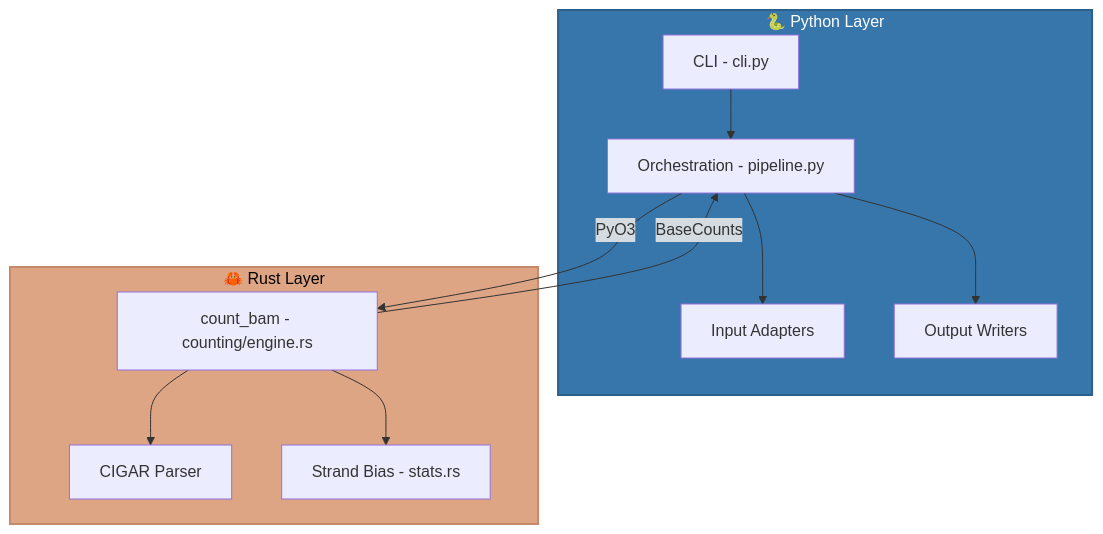
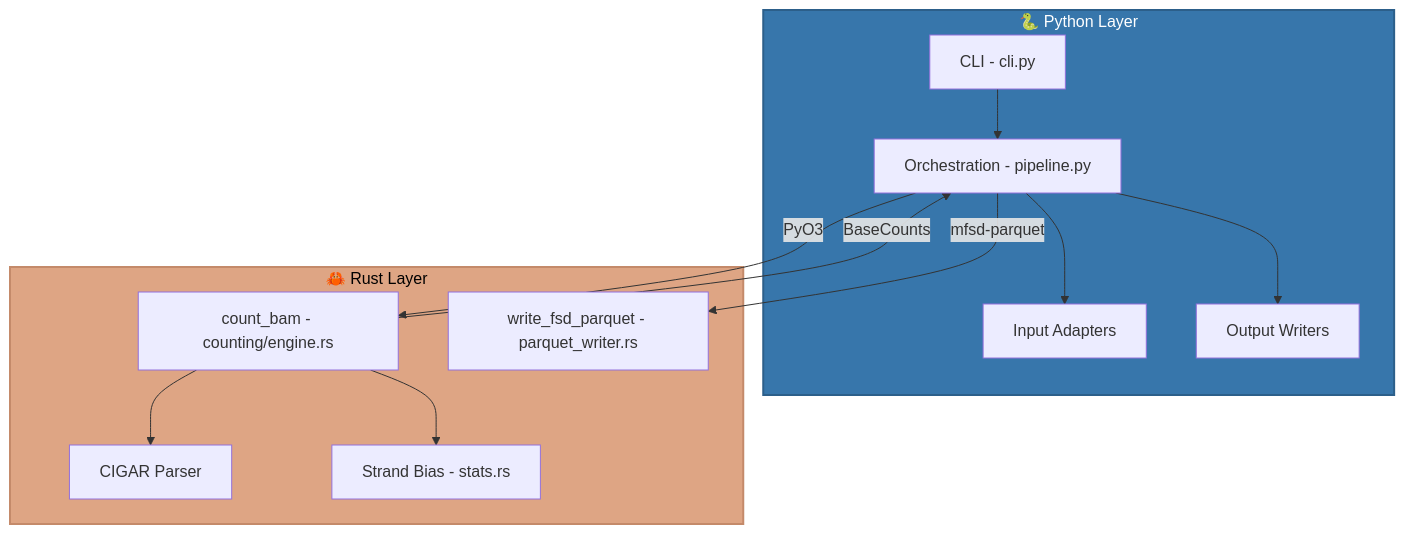
One commit to msk-access/py-gbcms changed the first of 5 diagrams in docs/reference/architecture.md. Above: the diagram before and after it, drawn with Mermaid. The commit also changed other lines of this file and 1 other file, not shown here.

````diff
--- a/docs/reference/architecture.md
+++ b/docs/reference/architecture.md
@@ -7,21 +7,23 @@
 ```mermaid
 flowchart TB
     subgraph Python [🐍 Python Layer]
         CLI[CLI - cli.py] --> Pipeline[Orchestration - pipeline.py]
         Pipeline --> Reader[Input Adapters]
         Pipeline --> Writer[Output Writers]
     end
     
     subgraph Rust [🦀 Rust Layer]
         Counter[count_bam - counting/engine.rs] --> CIGAR[CIGAR Parser]
         Counter --> Stats[Strand Bias - stats.rs]
+        ParquetWriter[write_fsd_parquet - parquet_writer.rs]
     end
     
     Pipeline -->|PyO3| Counter
     Counter -->|BaseCounts| Pipeline
+    Pipeline -->|mfsd-parquet| ParquetWriter
     
     classDef pythonStyle fill:#3776ab,color:#fff,stroke:#2c5f8a,stroke-width:2px;
     classDef rustStyle fill:#dea584,color:#000,stroke:#c48a6a,stroke-width:2px;
     class Python pythonStyle;
     class Rust rustStyle;
 ```
````
